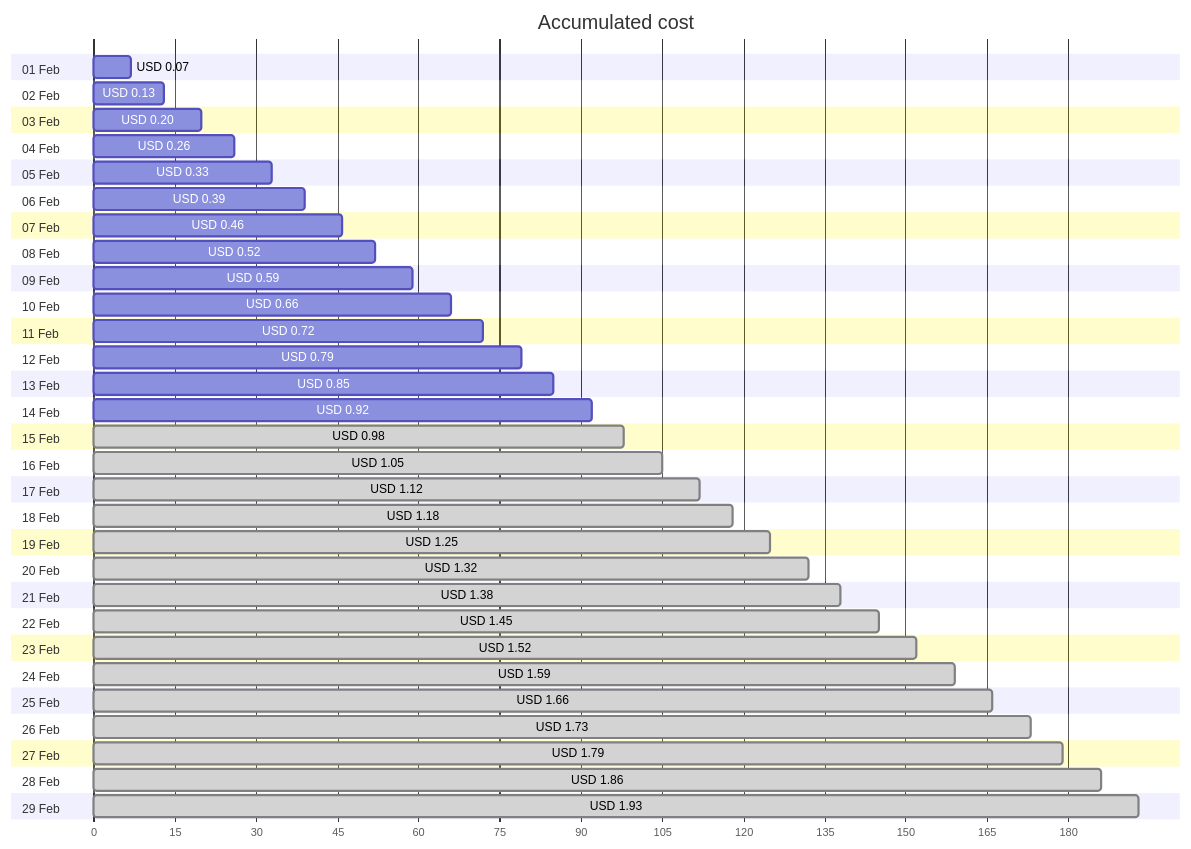
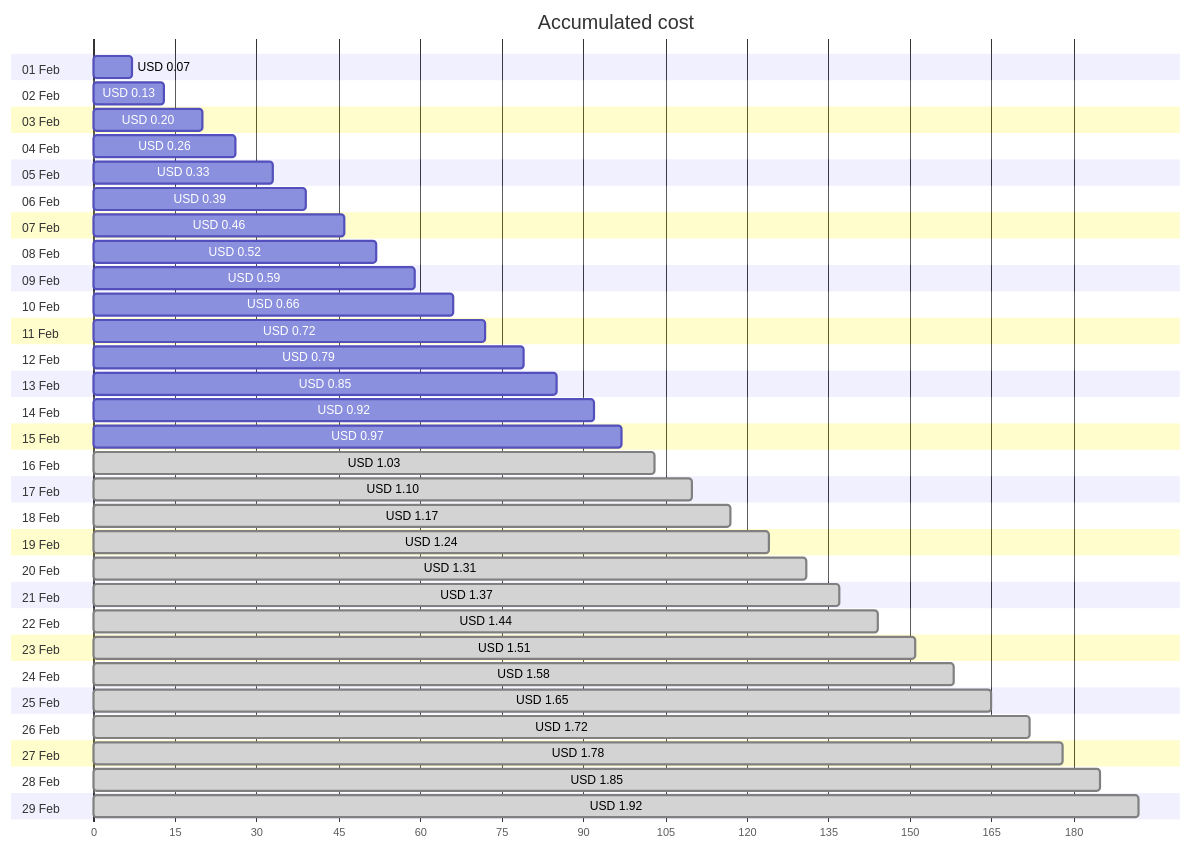
One commit to jpfulton/azure-personal-reports changed the first of 4 diagrams in cost-reports/personal-network/vpn-server_OsDisk.md. Above: the diagram before and after it, drawn with Mermaid. The commit also changed other lines of this file and 8 other files, not shown here.

````diff
--- a/cost-reports/personal-network/vpn-server_OsDisk.md
+++ b/cost-reports/personal-network/vpn-server_OsDisk.md
@@ -20,64 +20,64 @@
 ```mermaid
 gantt
    title Accumulated cost
    dateFormat  X
    axisFormat %s
    section 01 Feb
    USD 0.07 :0, 7
    section 02 Feb
    USD 0.13 :0, 13
    section 03 Feb
    USD 0.20 :0, 20
    section 04 Feb
    USD 0.26 :0, 26
    section 05 Feb
    USD 0.33 :0, 33
    section 06 Feb
    USD 0.39 :0, 39
    section 07 Feb
    USD 0.46 :0, 46
    section 08 Feb
    USD 0.52 :0, 52
    section 09 Feb
    USD 0.59 :0, 59
    section 10 Feb
    USD 0.66 :0, 66
    section 11 Feb
    USD 0.72 :0, 72
    section 12 Feb
    USD 0.79 :0, 79
    section 13 Feb
    USD 0.85 :0, 85
    section 14 Feb
    USD 0.92 :0, 92
    section 15 Feb
-   USD 0.98 : done, 0, 98
+   USD 0.97 :0, 97
    section 16 Feb
-   USD 1.05 : done, 0, 105
+   USD 1.03 : done, 0, 103
    section 17 Feb
-   USD 1.12 : done, 0, 112
+   USD 1.10 : done, 0, 110
    section 18 Feb
-   USD 1.18 : done, 0, 118
+   USD 1.17 : done, 0, 117
    section 19 Feb
-   USD 1.25 : done, 0, 125
+   USD 1.24 : done, 0, 124
    section 20 Feb
-   USD 1.32 : done, 0, 132
+   USD 1.31 : done, 0, 131
    section 21 Feb
-   USD 1.38 : done, 0, 138
+   USD 1.37 : done, 0, 137
    section 22 Feb
-   USD 1.45 : done, 0, 145
+   USD 1.44 : done, 0, 144
    section 23 Feb
-   USD 1.52 : done, 0, 152
+   USD 1.51 : done, 0, 151
    section 24 Feb
-   USD 1.59 : done, 0, 159
+   USD 1.58 : done, 0, 158
    section 25 Feb
-   USD 1.66 : done, 0, 166
+   USD 1.65 : done, 0, 165
    section 26 Feb
-   USD 1.73 : done, 0, 173
+   USD 1.72 : done, 0, 172
    section 27 Feb
-   USD 1.79 : done, 0, 179
+   USD 1.78 : done, 0, 178
    section 28 Feb
-   USD 1.86 : done, 0, 186
+   USD 1.85 : done, 0, 185
    section 29 Feb
-   USD 1.93 : done, 0, 193
+   USD 1.92 : done, 0, 192
 ```
````
